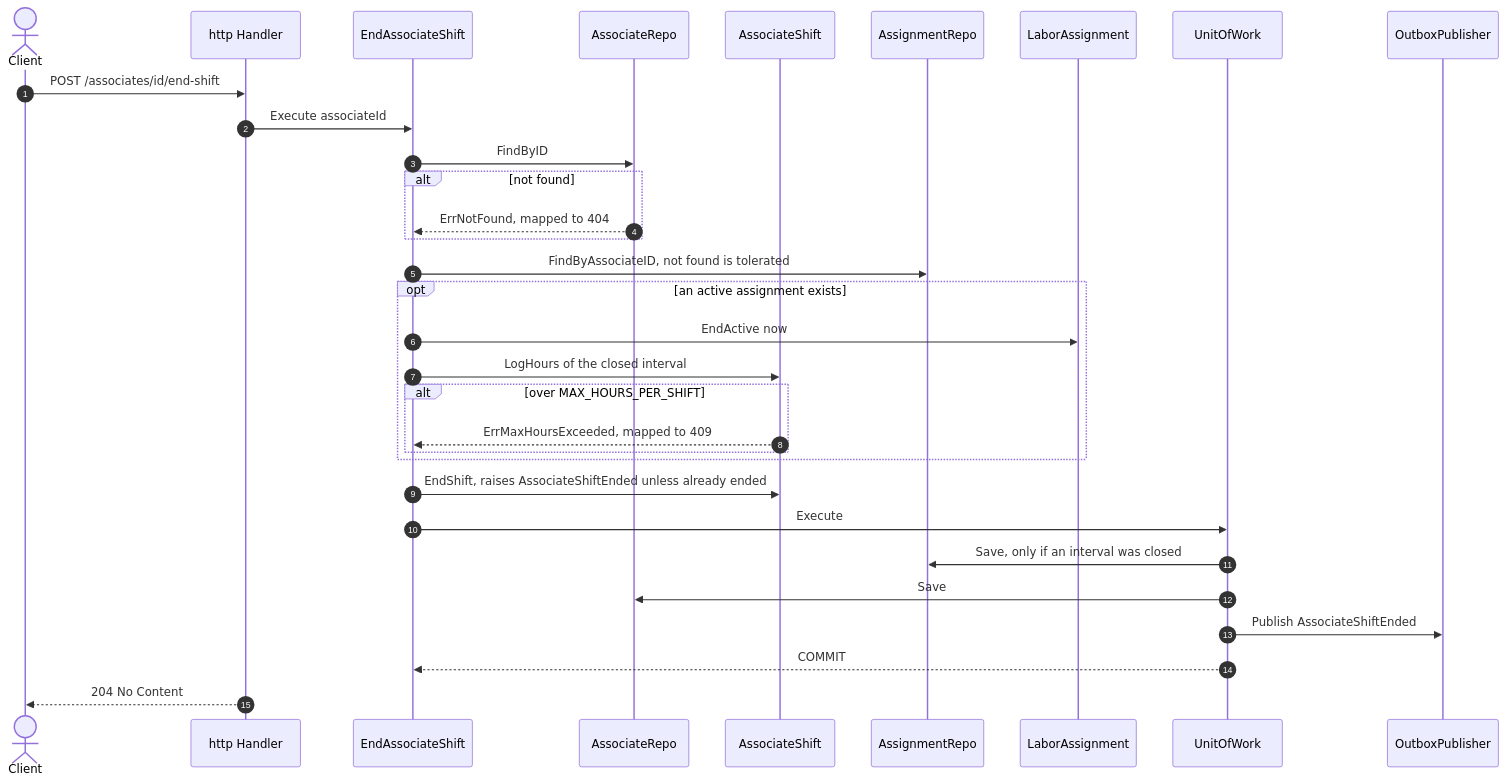
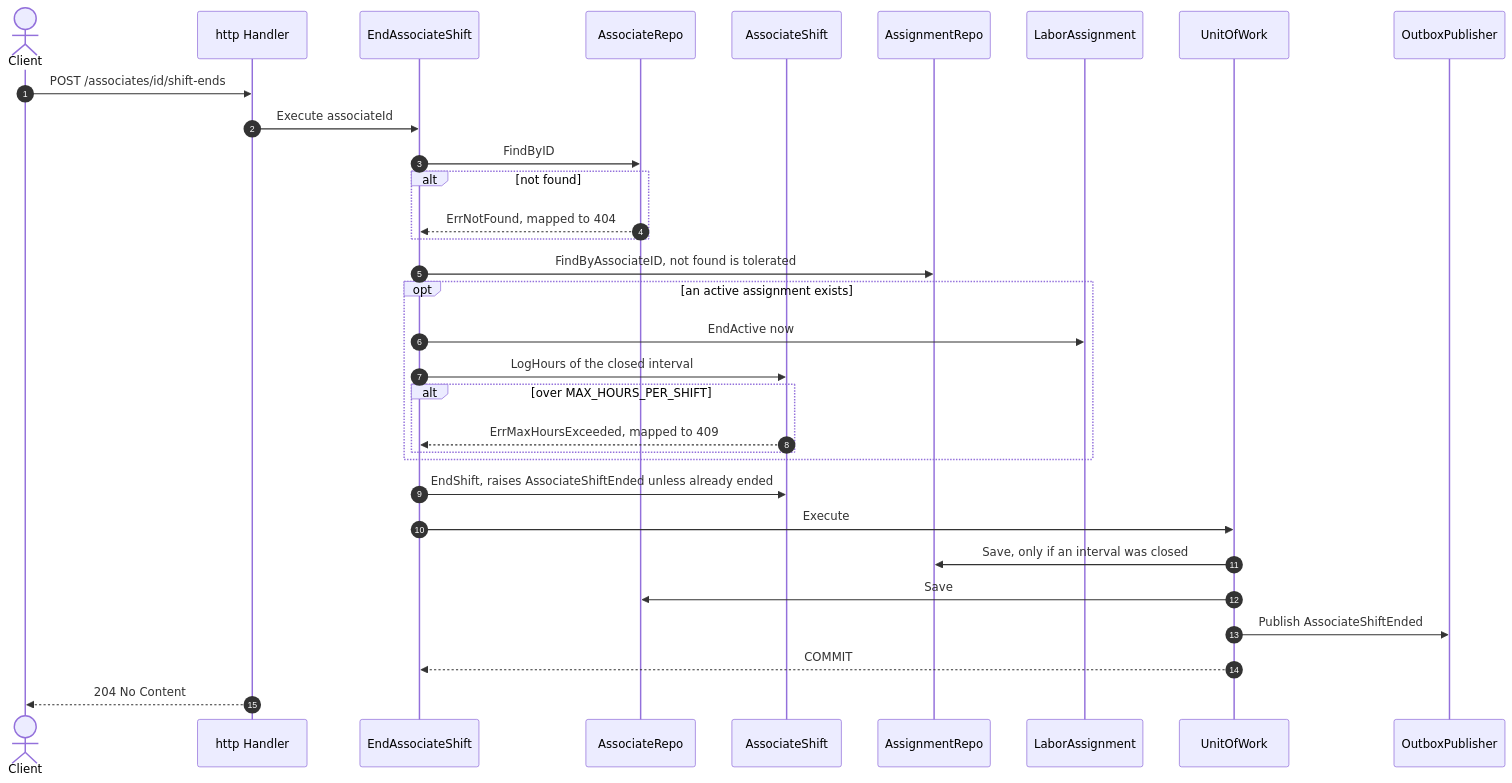
Before and after one commit to IQVO/warehouse-docs: the fifth of 7 diagrams in docs/contexts/workforce-management/sequence-diagrams.md, drawn with Mermaid. The commit also changed other lines of this file and 272 other files, not shown here.

````diff
--- a/docs/contexts/workforce-management/sequence-diagrams.md
+++ b/docs/contexts/workforce-management/sequence-diagrams.md
@@ -256,34 +256,34 @@
 ```mermaid
 sequenceDiagram
     autonumber
     actor Client
     participant H as http Handler
     participant UC as EndAssociateShift
     participant AR as AssociateRepo
     participant AS as AssociateShift
     participant LR as AssignmentRepo
     participant LA as LaborAssignment
     participant UoW as UnitOfWork
     participant OB as OutboxPublisher
-    Client->>H: POST /associates/id/end-shift
+    Client->>H: POST /associates/id/shift-ends
     H->>UC: Execute associateId
     UC->>AR: FindByID
     alt not found
         AR-->>UC: ErrNotFound, mapped to 404
     end
     UC->>LR: FindByAssociateID, not found is tolerated
     opt an active assignment exists
         UC->>LA: EndActive now
         UC->>AS: LogHours of the closed interval
         alt over MAX_HOURS_PER_SHIFT
             AS-->>UC: ErrMaxHoursExceeded, mapped to 409
         end
     end
     UC->>AS: EndShift, raises AssociateShiftEnded unless already ended
     UC->>UoW: Execute
     UoW->>LR: Save, only if an interval was closed
     UoW->>AR: Save
     UoW->>OB: Publish AssociateShiftEnded
     UoW-->>UC: COMMIT
     H-->>Client: 204 No Content
 ```
````
